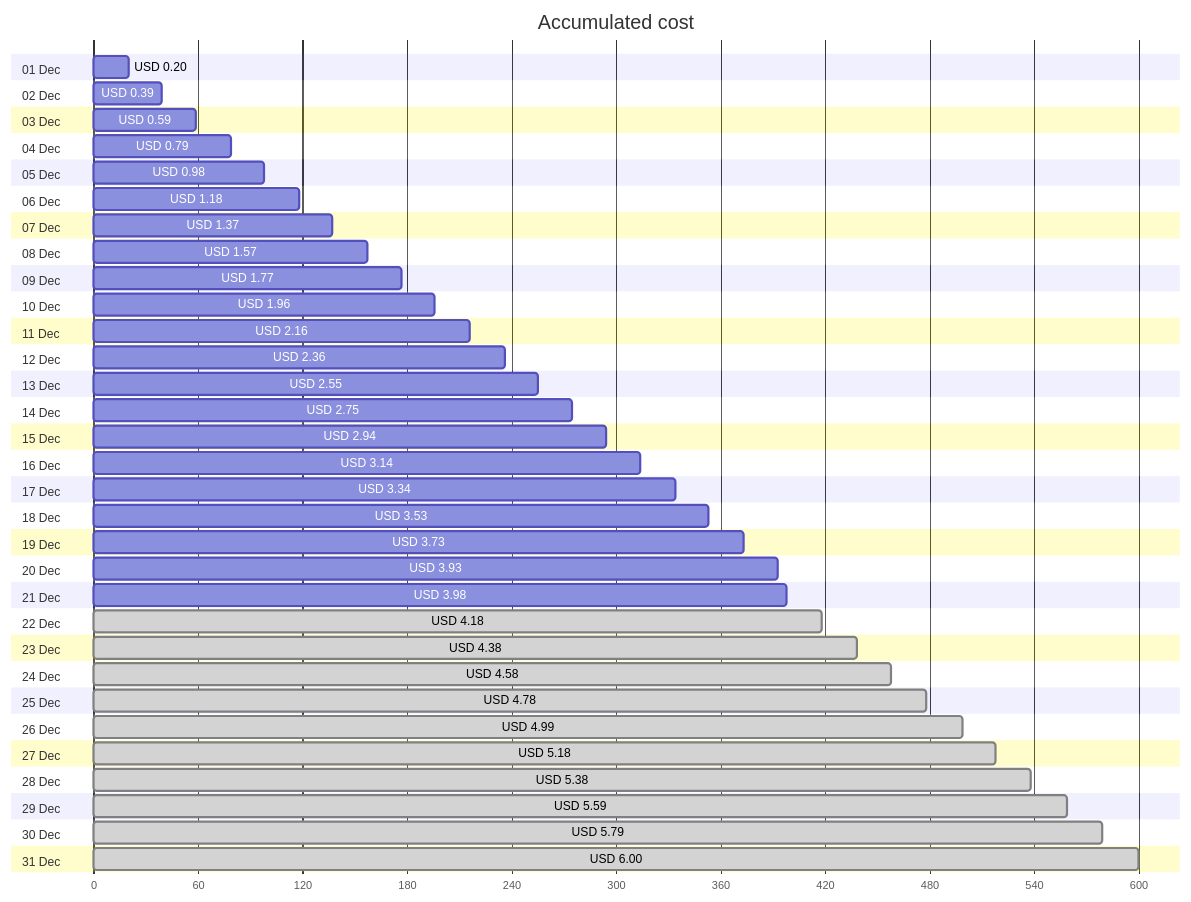
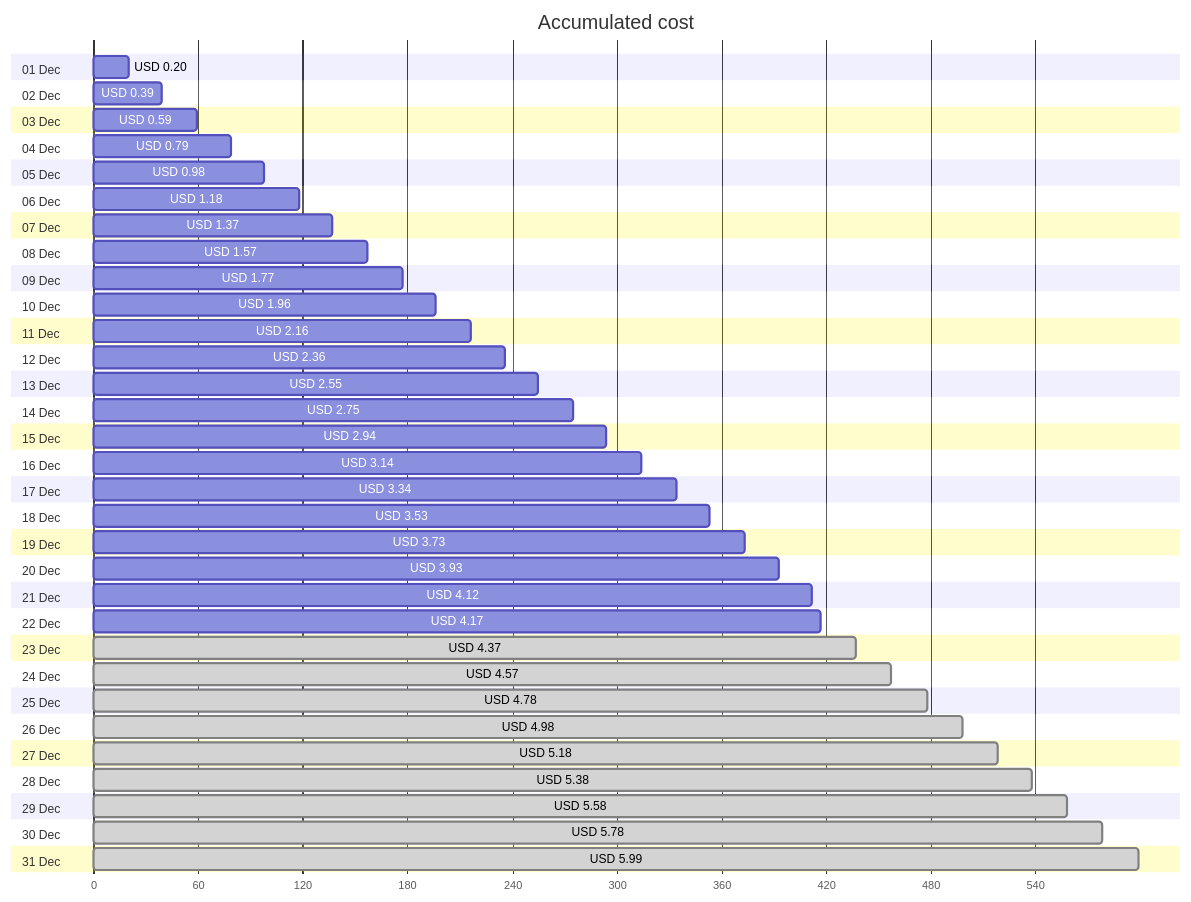
One commit to jpfulton/azure-personal-reports changed the first of 4 diagrams in cost-reports/personal-network/backup-server.md. Above: the diagram before and after it, drawn with Mermaid. The commit also changed other lines of this file and 8 other files, not shown here.

````diff
--- a/cost-reports/personal-network/backup-server.md
+++ b/cost-reports/personal-network/backup-server.md
@@ -20,68 +20,68 @@
 ```mermaid
 gantt
    title Accumulated cost
    dateFormat  X
    axisFormat %s
    section 01 Dec
    USD 0.20 :0, 20
    section 02 Dec
    USD 0.39 :0, 39
    section 03 Dec
    USD 0.59 :0, 59
    section 04 Dec
    USD 0.79 :0, 79
    section 05 Dec
    USD 0.98 :0, 98
    section 06 Dec
    USD 1.18 :0, 118
    section 07 Dec
    USD 1.37 :0, 137
    section 08 Dec
    USD 1.57 :0, 157
    section 09 Dec
    USD 1.77 :0, 177
    section 10 Dec
    USD 1.96 :0, 196
    section 11 Dec
    USD 2.16 :0, 216
    section 12 Dec
    USD 2.36 :0, 236
    section 13 Dec
    USD 2.55 :0, 255
    section 14 Dec
    USD 2.75 :0, 275
    section 15 Dec
    USD 2.94 :0, 294
    section 16 Dec
    USD 3.14 :0, 314
    section 17 Dec
    USD 3.34 :0, 334
    section 18 Dec
    USD 3.53 :0, 353
    section 19 Dec
    USD 3.73 :0, 373
    section 20 Dec
    USD 3.93 :0, 393
    section 21 Dec
-   USD 3.98 :0, 398
+   USD 4.12 :0, 412
    section 22 Dec
-   USD 4.18 : done, 0, 418
+   USD 4.17 :0, 417
    section 23 Dec
-   USD 4.38 : done, 0, 438
+   USD 4.37 : done, 0, 437
    section 24 Dec
-   USD 4.58 : done, 0, 458
+   USD 4.57 : done, 0, 457
    section 25 Dec
    USD 4.78 : done, 0, 478
    section 26 Dec
-   USD 4.99 : done, 0, 499
+   USD 4.98 : done, 0, 498
    section 27 Dec
    USD 5.18 : done, 0, 518
    section 28 Dec
    USD 5.38 : done, 0, 538
    section 29 Dec
-   USD 5.59 : done, 0, 559
+   USD 5.58 : done, 0, 558
    section 30 Dec
-   USD 5.79 : done, 0, 579
+   USD 5.78 : done, 0, 578
    section 31 Dec
-   USD 6.00 : done, 0, 600
+   USD 5.99 : done, 0, 599
 ```
````
